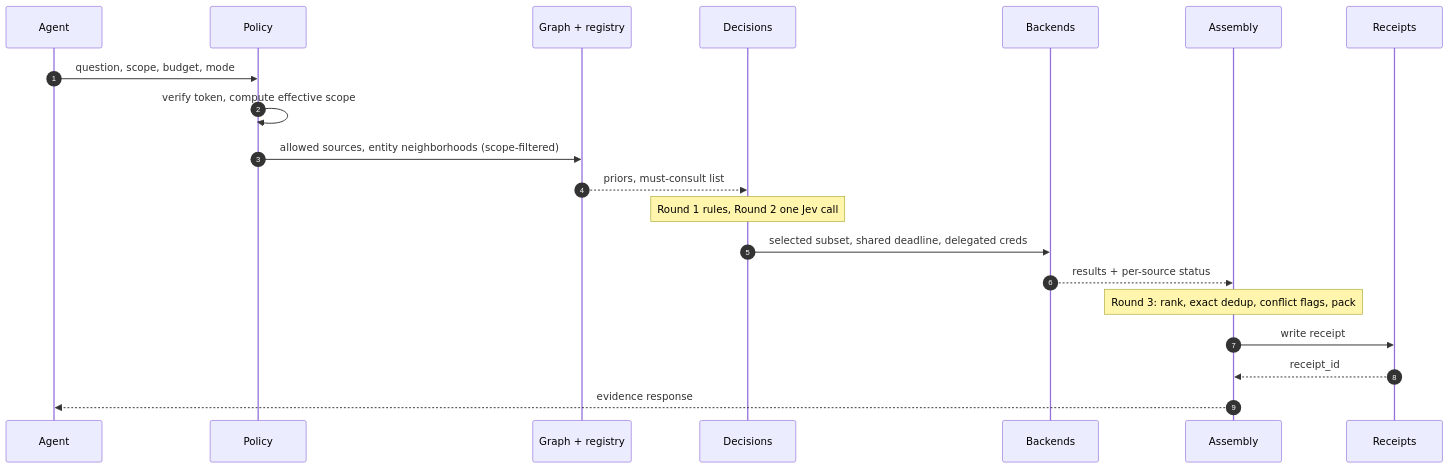
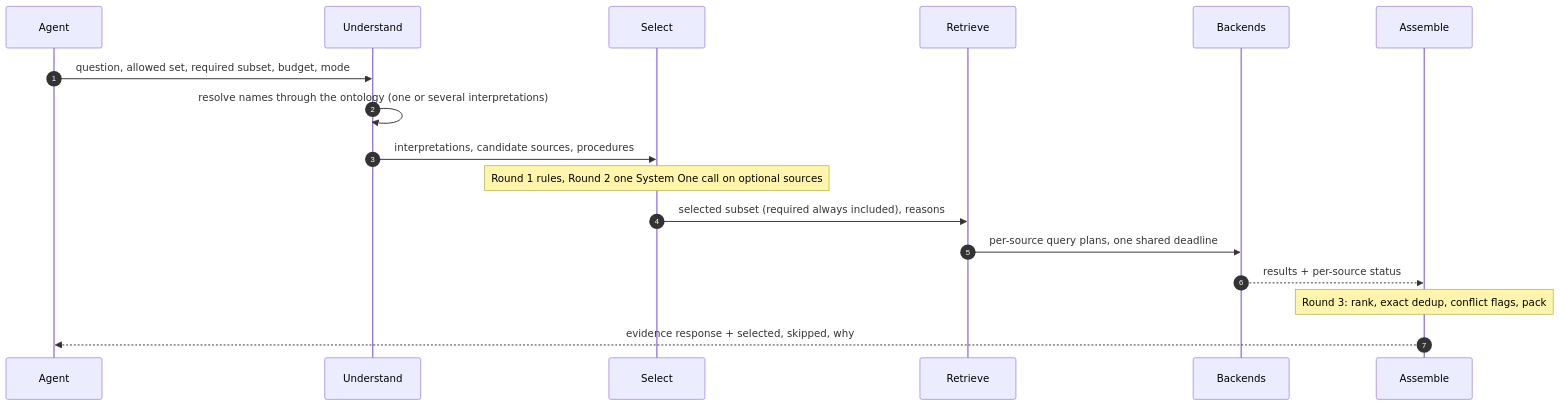
The tenth of 11 diagrams in design/intelligence-layer/hld.md (arunmenon/sanctum), drawn with Mermaid before and after one commit. The commit also changed other lines of this file and 7 other files, not shown here.

````diff
--- a/design/intelligence-layer/hld.md
+++ b/design/intelligence-layer/hld.md
@@ -511,23 +508,20 @@
 ```mermaid
 sequenceDiagram
     autonumber
     participant A as Agent
-    participant P as Policy
-    participant G as Graph + registry
-    participant D as Decisions
+    participant U as Understand
+    participant S as Select
+    participant R as Retrieve
     participant B as Backends
-    participant E as Assembly
-    participant L as Receipts
+    participant E as Assemble
 
-    A->>P: question, scope, budget, mode
-    P->>P: verify token, compute effective scope
-    P->>G: allowed sources, entity neighborhoods (scope-filtered)
-    G-->>D: priors, must-consult list
-    Note over D: Round 1 rules, Round 2 one Jev call
-    D->>B: selected subset, shared deadline, delegated creds
+    A->>U: question, allowed set, required subset, budget, mode
+    U->>U: resolve names through the ontology (one or several interpretations)
+    U->>S: interpretations, candidate sources, procedures
+    Note over S: Round 1 rules, Round 2 one System One call on optional sources
+    S->>R: selected subset (required always included), reasons
+    R->>B: per-source query plans, one shared deadline
     B-->>E: results + per-source status
     Note over E: Round 3: rank, exact dedup, conflict flags, pack
-    E->>L: write receipt
-    L-->>E: receipt_id
-    E-->>A: evidence response
+    E-->>A: evidence response + selected, skipped, why
 ```
````
